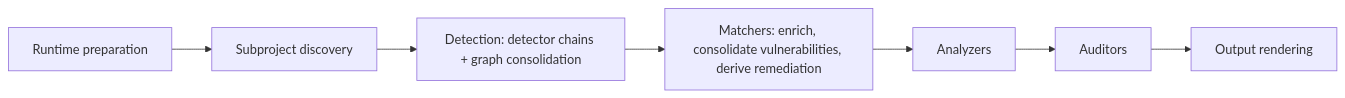
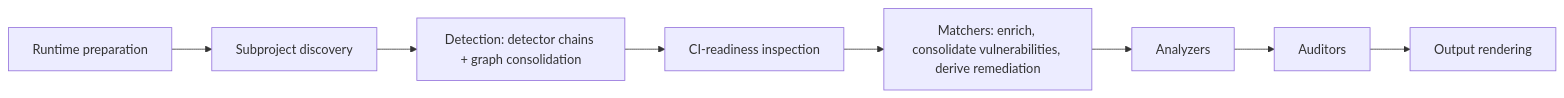
One commit to bomly-dev/bomly-cli changed the second of 4 diagrams in dev-docs/ARCHITECTURE.md. Above: the diagram before and after it, drawn with Mermaid. The commit also changed other lines of this file and 19 other files, not shown here.

````diff
--- a/dev-docs/ARCHITECTURE.md
+++ b/dev-docs/ARCHITECTURE.md
@@ -50,12 +50,13 @@
 ```mermaid
 flowchart LR
     A[Runtime preparation]
     B[Subproject discovery]
     C[Detection: detector chains + graph consolidation]
+    D[CI-readiness inspection]
     F[Matchers: enrich, consolidate vulnerabilities, derive remediation]
     F2[Analyzers]
     G[Auditors]
     H[Output rendering]
 
-    A --> B --> C --> F --> F2 --> G --> H
+    A --> B --> C --> D --> F --> F2 --> G --> H
 ```
````
